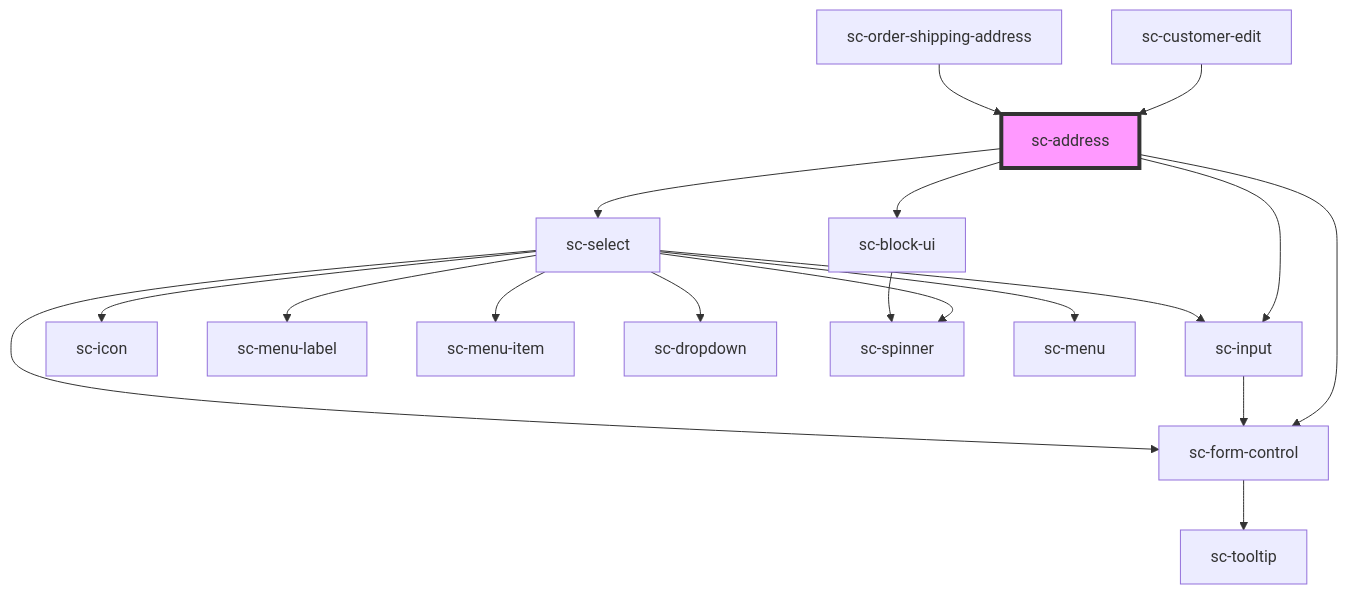
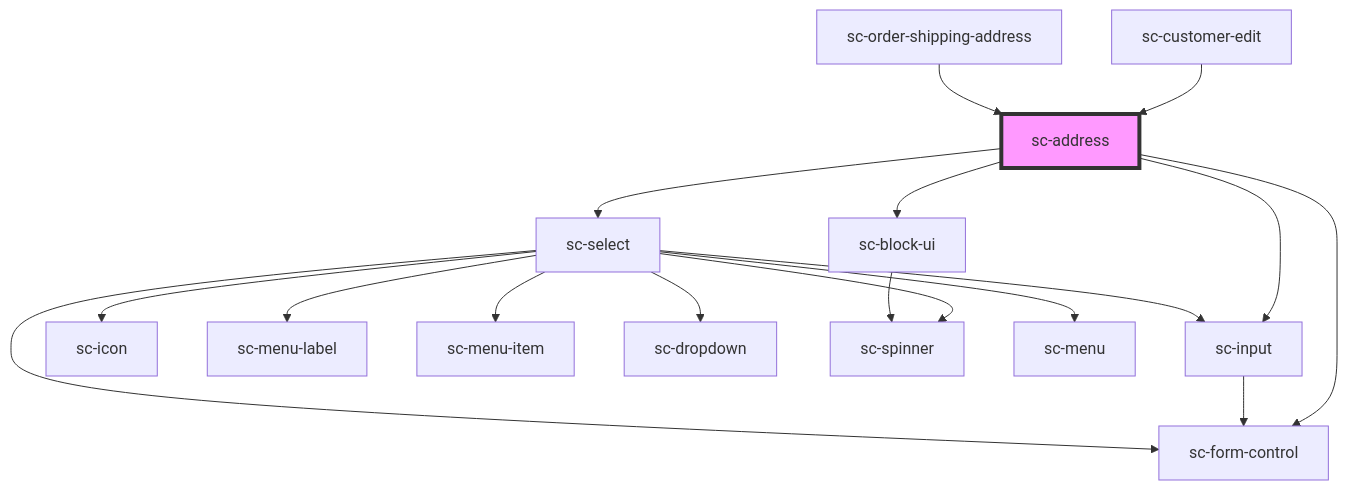
The diagram in packages/components/src/components/ui/address/readme.md (surecart/surecart-wp-plugin), drawn with Mermaid before and after one commit. The commit also changed 91 other files, not shown here.

````diff
--- a/packages/components/src/components/ui/address/readme.md
+++ b/packages/components/src/components/ui/address/readme.md
@@ -86,21 +86,20 @@
 ```mermaid
 graph TD;
   sc-address --> sc-form-control
   sc-address --> sc-input
   sc-address --> sc-select
   sc-address --> sc-block-ui
-  sc-form-control --> sc-tooltip
   sc-input --> sc-form-control
   sc-select --> sc-icon
   sc-select --> sc-menu-label
   sc-select --> sc-menu-item
   sc-select --> sc-form-control
   sc-select --> sc-dropdown
   sc-select --> sc-input
   sc-select --> sc-spinner
   sc-select --> sc-menu
   sc-block-ui --> sc-spinner
   sc-customer-edit --> sc-address
   sc-order-shipping-address --> sc-address
   style sc-address fill:#f9f,stroke:#333,stroke-width:4px
 ```
````
